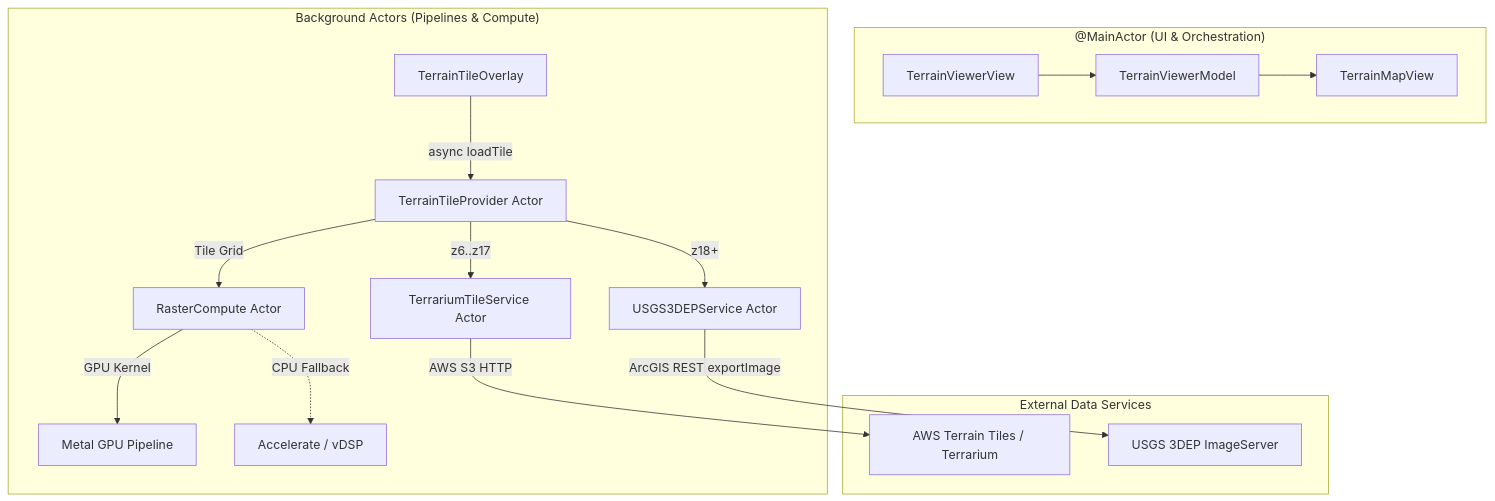
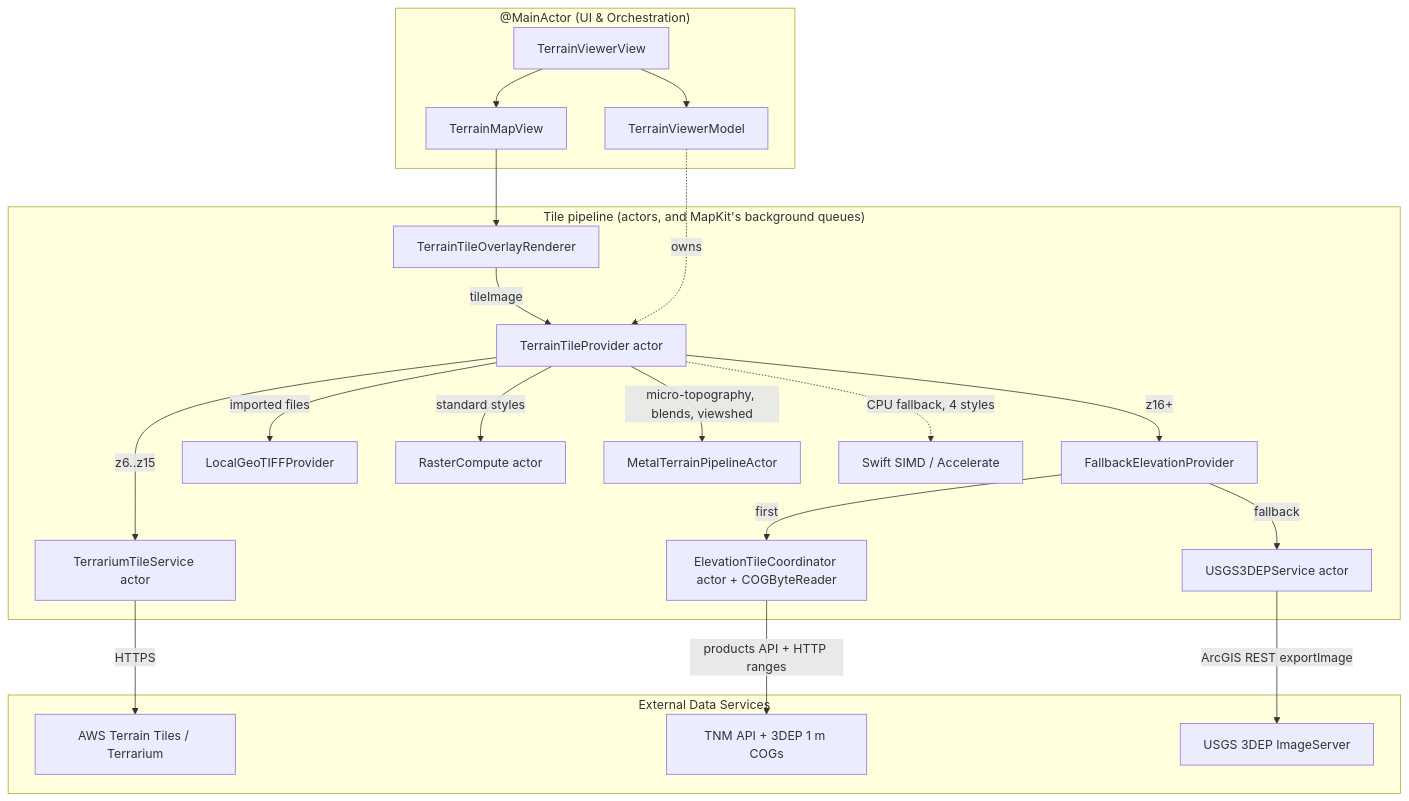
One commit to ehurrn/LidarExplorer changed the diagram in README.md. Above: the diagram before and after it, drawn with Mermaid. The commit also changed other lines of this file and 34 other files, not shown here.

````diff
--- a/README.md
+++ b/README.md
@@ -30,21 +47,27 @@
 ```mermaid
 flowchart TD
     subgraph MainActor["@MainActor (UI & Orchestration)"]
         V[TerrainViewerView] --> M[TerrainViewerModel]
-        M --> MV[TerrainMapView]
+        V --> MV[TerrainMapView]
     end
 
-    subgraph BackgroundActors["Background Actors (Pipelines & Compute)"]
-        TO[TerrainTileOverlay] -->|async loadTile| TP[TerrainTileProvider Actor]
-        TP -->|z6..z17| TT[TerrariumTileService Actor]
-        TP -->|z18+| EP[USGS3DEPService Actor]
-        TP -->|Tile Grid| RC[RasterCompute Actor]
-        RC -->|GPU Kernel| Metal[Metal GPU Pipeline]
-        RC -.->|CPU Fallback| CPU[Accelerate / vDSP]
+    subgraph Pipeline["Tile pipeline (actors, and MapKit's background queues)"]
+        MV --> R[TerrainTileOverlayRenderer]
+        R -->|tileImage| TP[TerrainTileProvider actor]
+        M -.->|owns| TP
+        TP -->|z6..z15| TT[TerrariumTileService actor]
+        TP -->|z16+| FB[FallbackElevationProvider]
+        FB -->|first| EC[ElevationTileCoordinator actor + COGByteReader]
+        FB -->|fallback| EP[USGS3DEPService actor]
+        TP -->|imported files| LG[LocalGeoTIFFProvider]
+        TP -->|standard styles| RC[RasterCompute actor]
+        TP -->|micro-topography, blends, viewshed| MP[MetalTerrainPipelineActor]
+        TP -.->|CPU fallback, 4 styles| CPU[Swift SIMD / Accelerate]
     end
 
     subgraph DataSources["External Data Services"]
-        TT -->|AWS S3 HTTP| S3[AWS Terrain Tiles / Terrarium]
+        TT -->|HTTPS| S3[AWS Terrain Tiles / Terrarium]
+        EC -->|products API + HTTP ranges| COG[TNM API + 3DEP 1 m COGs]
         EP -->|ArcGIS REST exportImage| USGS[USGS 3DEP ImageServer]
     end
 ```
````
